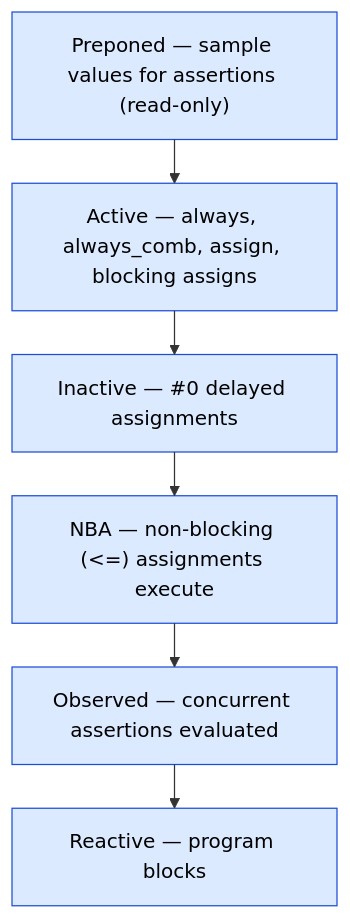
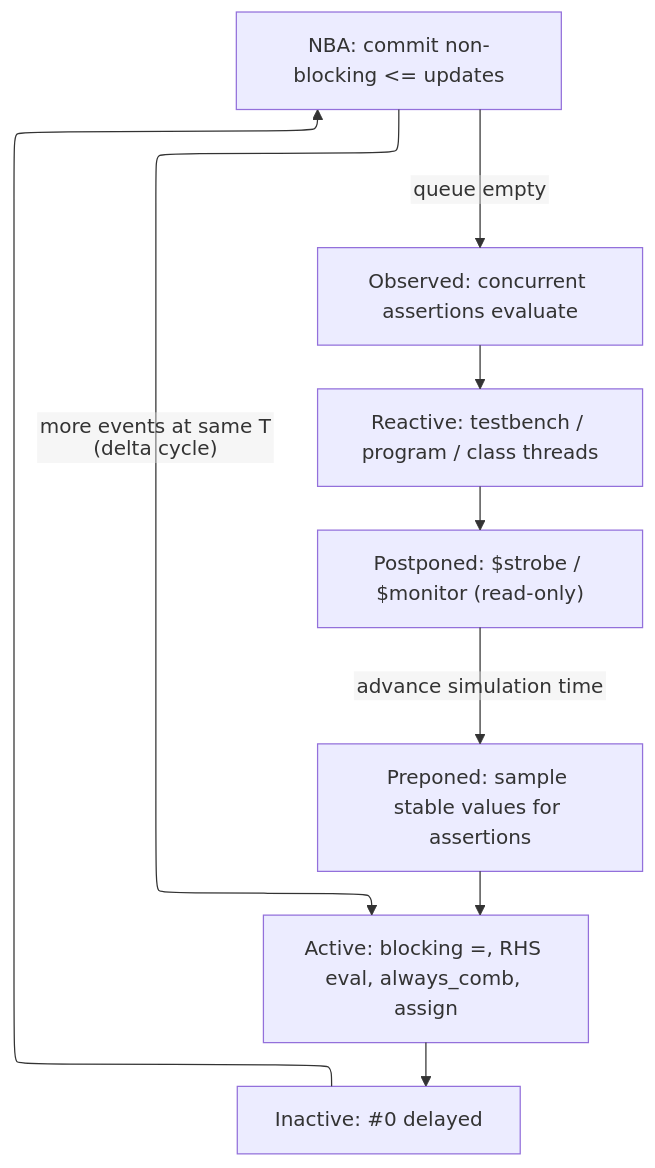
The diagram in 03_Frontend_RTL_and_Verification/03_Procedural_Processes_and_IPC.md (Wty2003328/silicon-design-notebook), drawn with Mermaid before and after one commit. The commit also changed other lines of this file and 22 other files, not shown here.

Commit message:
Concept-first hard rework complete: all 48 architecture/design pages (trimmed signal dumps; added trade-off analysis + theoretical depth)

````diff
--- a/03_Frontend_RTL_and_Verification/03_Procedural_Processes_and_IPC.md
+++ b/03_Frontend_RTL_and_Verification/03_Procedural_Processes_and_IPC.md
@@ -15,13 +32,15 @@
 ```mermaid
-%%{init: {"flowchart": {"defaultRenderer": "elk", "nodeSpacing": 60, "rankSpacing": 60, "htmlLabels": false}}}%%
+%%{init: {"flowchart": {"defaultRenderer": "elk", "nodeSpacing": 55, "rankSpacing": 45, "htmlLabels": false}}}%%
 flowchart TD
-    P["Preponed — sample values for assertions (read-only)"]
-    A["Active — always, always_comb, assign, blocking assigns"]
-    I["Inactive — #0 delayed assignments"]
-    N["NBA — non-blocking (&lt;=) assignments execute"]
-    O["Observed — concurrent assertions evaluated"]
-    R["Reactive — program blocks"]
-    P --> A --> I --> N --> O --> R
-    classDef s fill:#dbeafe,stroke:#1d4ed8,color:#000
-    class P,A,I,N,O,R s
+    PRE["Preponed: sample stable values for assertions"]
+    ACT["Active: blocking =, RHS eval, always_comb, assign"]
+    INA["Inactive: #0 delayed"]
+    NBA["NBA: commit non-blocking <= updates"]
+    OBS["Observed: concurrent assertions evaluate"]
+    REA["Reactive: testbench / program / class threads"]
+    POST["Postponed: $strobe / $monitor (read-only)"]
+    PRE --> ACT --> INA --> NBA
+    NBA -->|"more events at same T (delta cycle)"| ACT
+    NBA -->|"queue empty"| OBS --> REA --> POST
+    POST -->|"advance simulation time"| PRE
 ```
````
